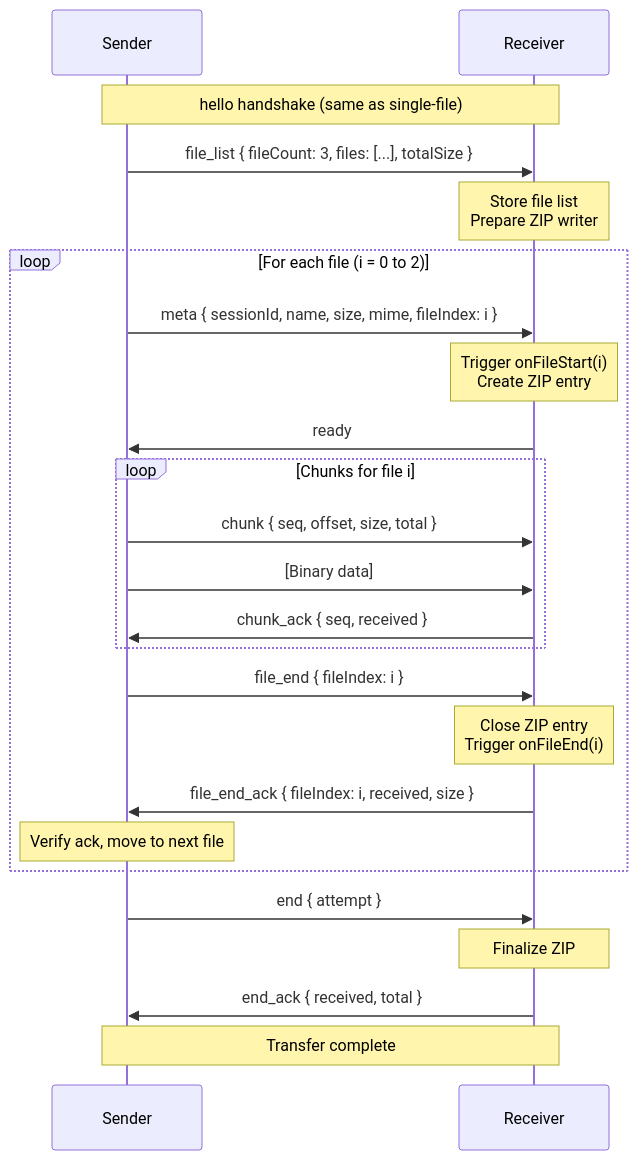
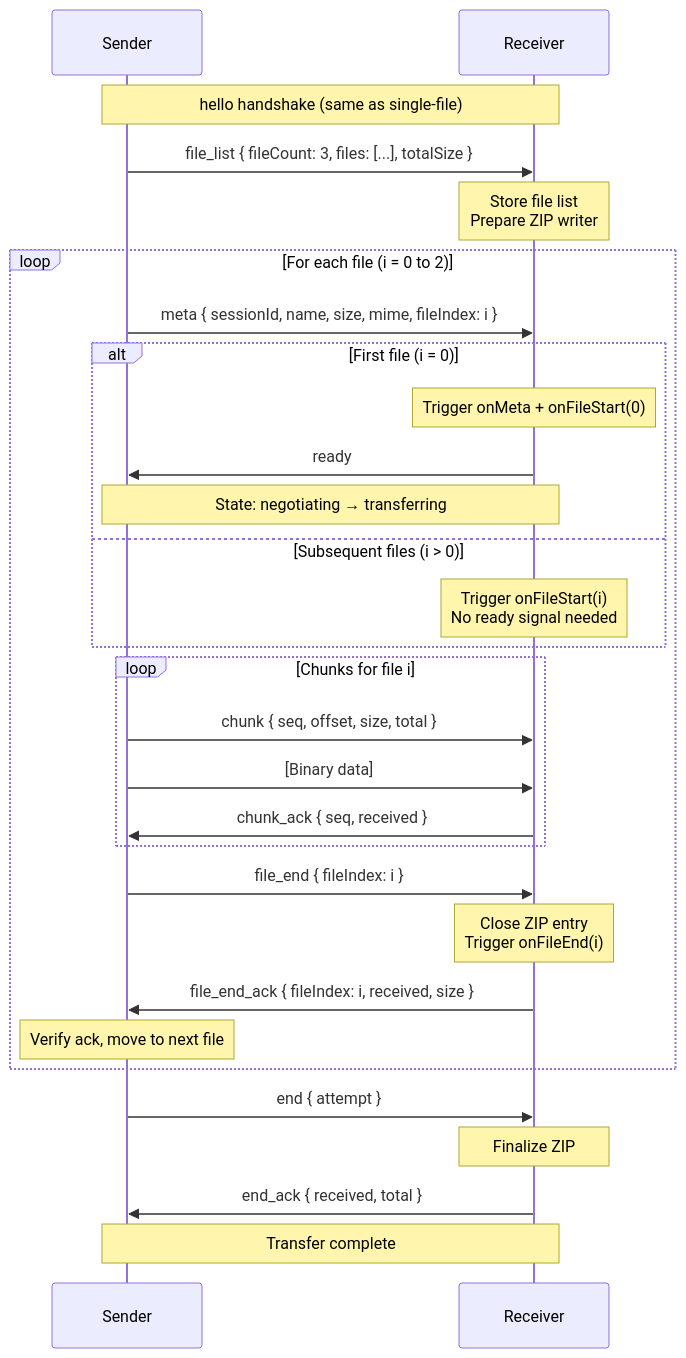
Before and after one commit to WillTDA/Dropgate: the third of 6 diagrams in docs/technical/DGDTP-PROTOCOL.md, drawn with Mermaid. The commit also changed other lines of this file and 5 other files, not shown here.

````diff
--- a/docs/technical/DGDTP-PROTOCOL.md
+++ b/docs/technical/DGDTP-PROTOCOL.md
@@ -338,33 +338,38 @@
 ```mermaid
 sequenceDiagram
     participant S as Sender
     participant R as Receiver
 
     Note over S,R: hello handshake (same as single-file)
 
     S->>R: file_list { fileCount: 3, files: [...], totalSize }
     Note over R: Store file list<br/>Prepare ZIP writer
 
     loop For each file (i = 0 to 2)
         S->>R: meta { sessionId, name, size, mime, fileIndex: i }
-        Note over R: Trigger onFileStart(i)<br/>Create ZIP entry
-        R->>S: ready
+        alt First file (i = 0)
+            Note over R: Trigger onMeta + onFileStart(0)
+            R->>S: ready
+            Note over S,R: State: negotiating → transferring
+        else Subsequent files (i > 0)
+            Note over R: Trigger onFileStart(i)<br/>No ready signal needed
+        end
 
         loop Chunks for file i
             S->>R: chunk { seq, offset, size, total }
             S->>R: [Binary data]
             R->>S: chunk_ack { seq, received }
         end
 
         S->>R: file_end { fileIndex: i }
         Note over R: Close ZIP entry<br/>Trigger onFileEnd(i)
         R->>S: file_end_ack { fileIndex: i, received, size }
         Note over S: Verify ack, move to next file
     end
 
     S->>R: end { attempt }
     Note over R: Finalize ZIP
     R->>S: end_ack { received, total }
 
     Note over S,R: Transfer complete
 ```
````
